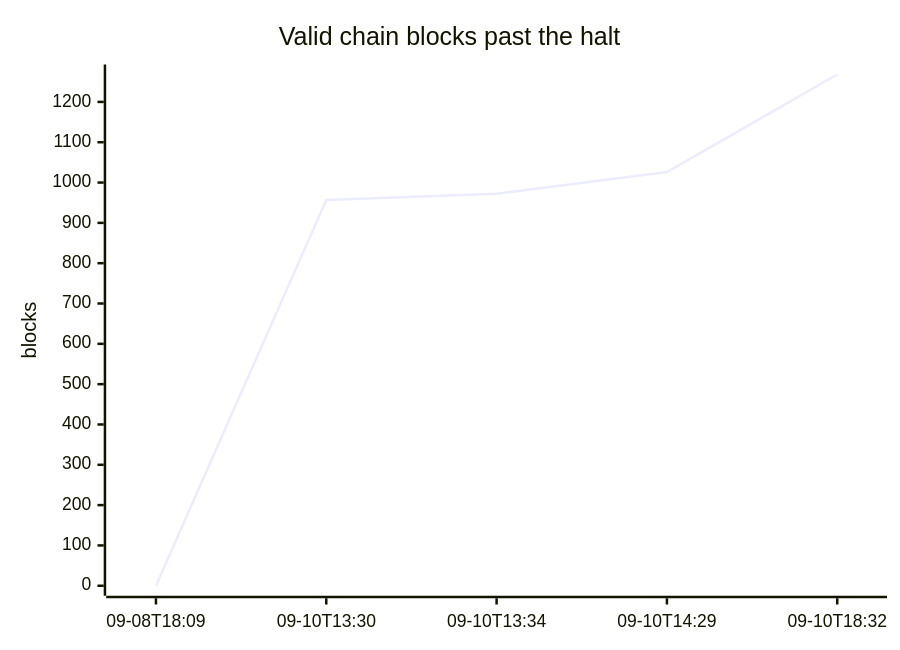
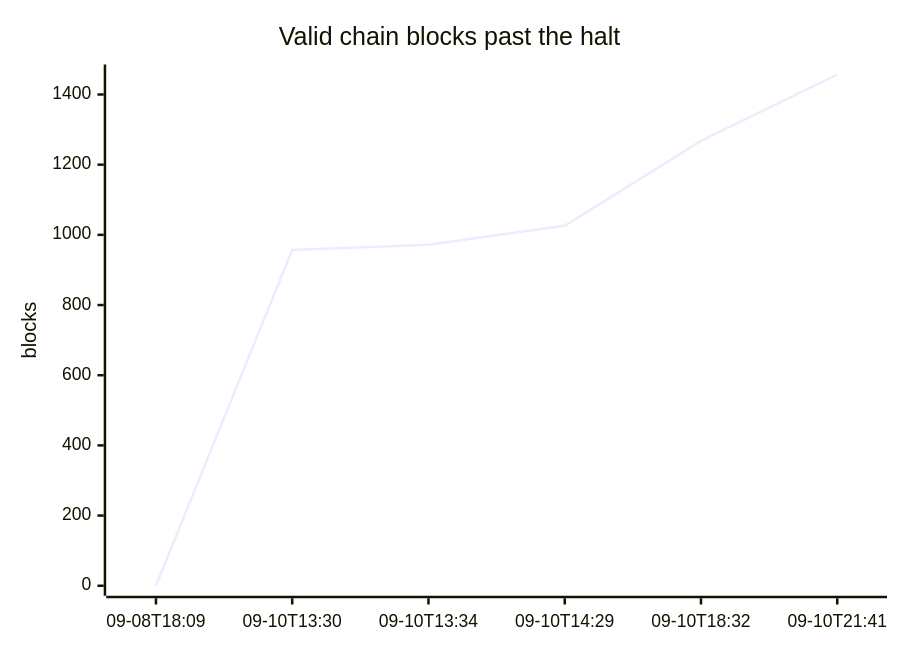
One commit to orangesurf/liquid-transaction-replay-monitor changed the second of 2 diagrams in README.md. Above: the diagram before and after it, drawn with Mermaid. The commit also changed other lines of this file and 2 other files, not shown here.

````diff
--- a/README.md
+++ b/README.md
@@ -32,7 +32,7 @@
 ```mermaid
 xychart-beta
     title "Valid chain blocks past the halt"
-    x-axis ["09-08T18:09", "09-10T13:30", "09-10T13:34", "09-10T14:29", "09-10T18:32"]
-    y-axis "blocks" 0 --> 1268
-    line [0, 957, 972, 1026, 1268]
+    x-axis ["09-08T18:09", "09-10T13:30", "09-10T13:34", "09-10T14:29", "09-10T18:32", "09-10T21:41"]
+    y-axis "blocks" 0 --> 1457
+    line [0, 957, 972, 1026, 1268, 1457]
 ```
````
